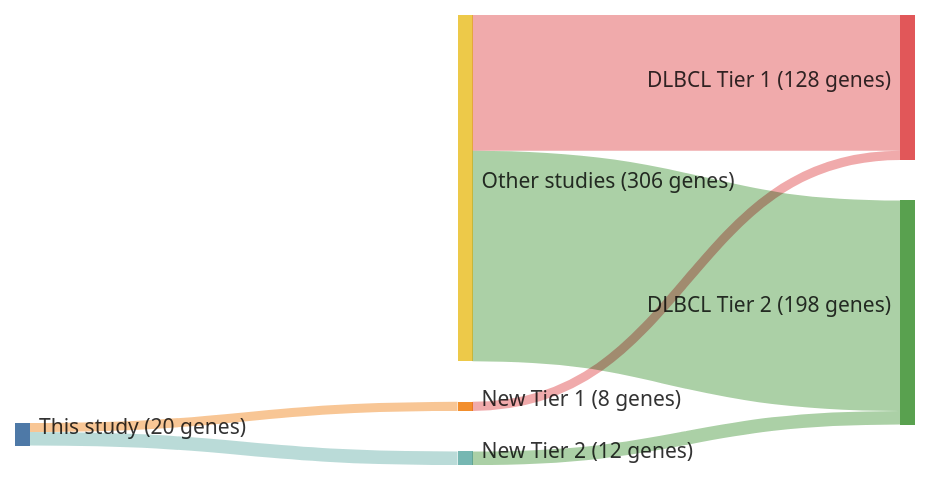
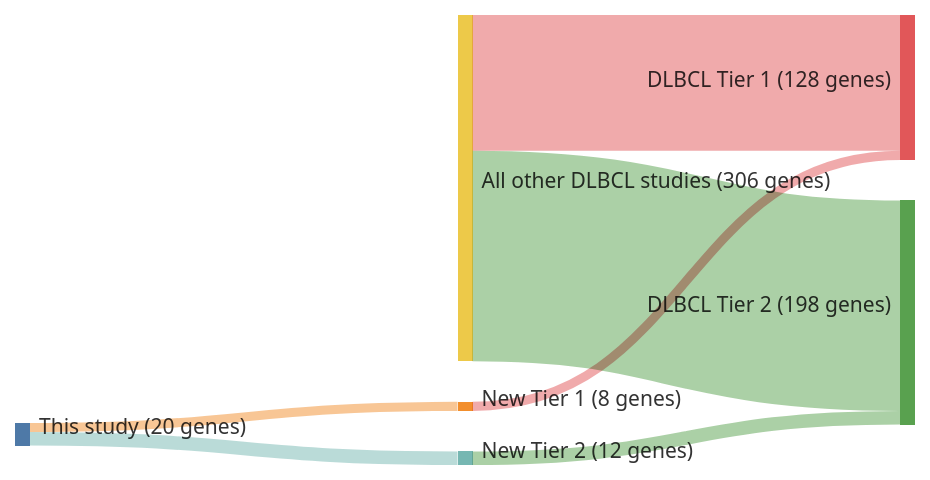
One commit to morinlab/lymphopedia changed the diagram in papers/arthurGenomewideDiscoverySomatic2018.md. Above: the diagram before and after it, drawn with Mermaid. The commit also changed 82 other files, not shown here.

````diff
--- a/papers/arthurGenomewideDiscoverySomatic2018.md
+++ b/papers/arthurGenomewideDiscoverySomatic2018.md
@@ -12,20 +12,20 @@
 ```mermaid
 ---
 config:
     sankey:
         showValues: true
         linkColor: target
         width: 600
         height: 300
         nodeAlignment: right
         prefix: '('
         suffix: ' genes)'
 ---
 sankey-beta
 This study, New Tier 1, 8
 New Tier 1, DLBCL Tier 1, 8
 This study, New Tier 2, 12
 New Tier 2, DLBCL Tier 2, 12
-Other studies, DLBCL Tier 1, 120
-Other studies, DLBCL Tier 2, 186
+All other DLBCL studies, DLBCL Tier 1, 120
+All other DLBCL studies, DLBCL Tier 2, 186
 ```
````
